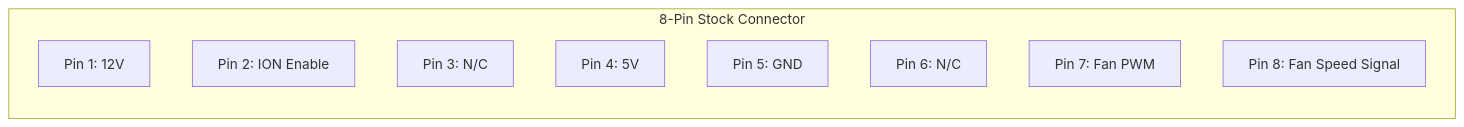
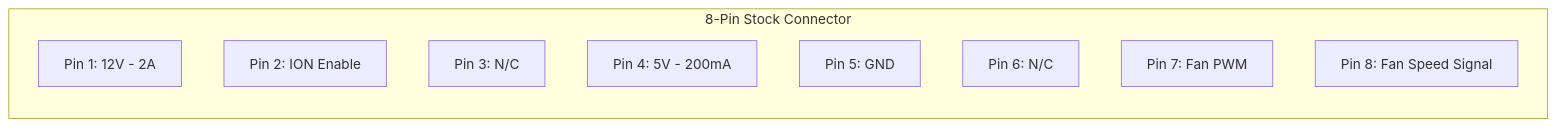
The first of 4 diagrams in README.md (gtxaspec/winix_wac6300_retrofit), drawn with Mermaid before and after one commit. The commit also changed other lines of this file and 1 other file, not shown here.

````diff
--- a/README.md
+++ b/README.md
@@ -93,13 +101,13 @@
 ```mermaid
 graph LR
     subgraph "8-Pin Stock Connector"
-        P1[Pin 1: 12V]
+        P1[Pin 1: 12V - 2A]
         P2[Pin 2: ION Enable]
         P3[Pin 3: N/C]
-        P4[Pin 4: 5V]
+        P4[Pin 4: 5V - 200mA]
         P5[Pin 5: GND]
         P6[Pin 6: N/C]
         P7[Pin 7: Fan PWM]
         P8[Pin 8: Fan Speed Signal]
     end
 ```
````
